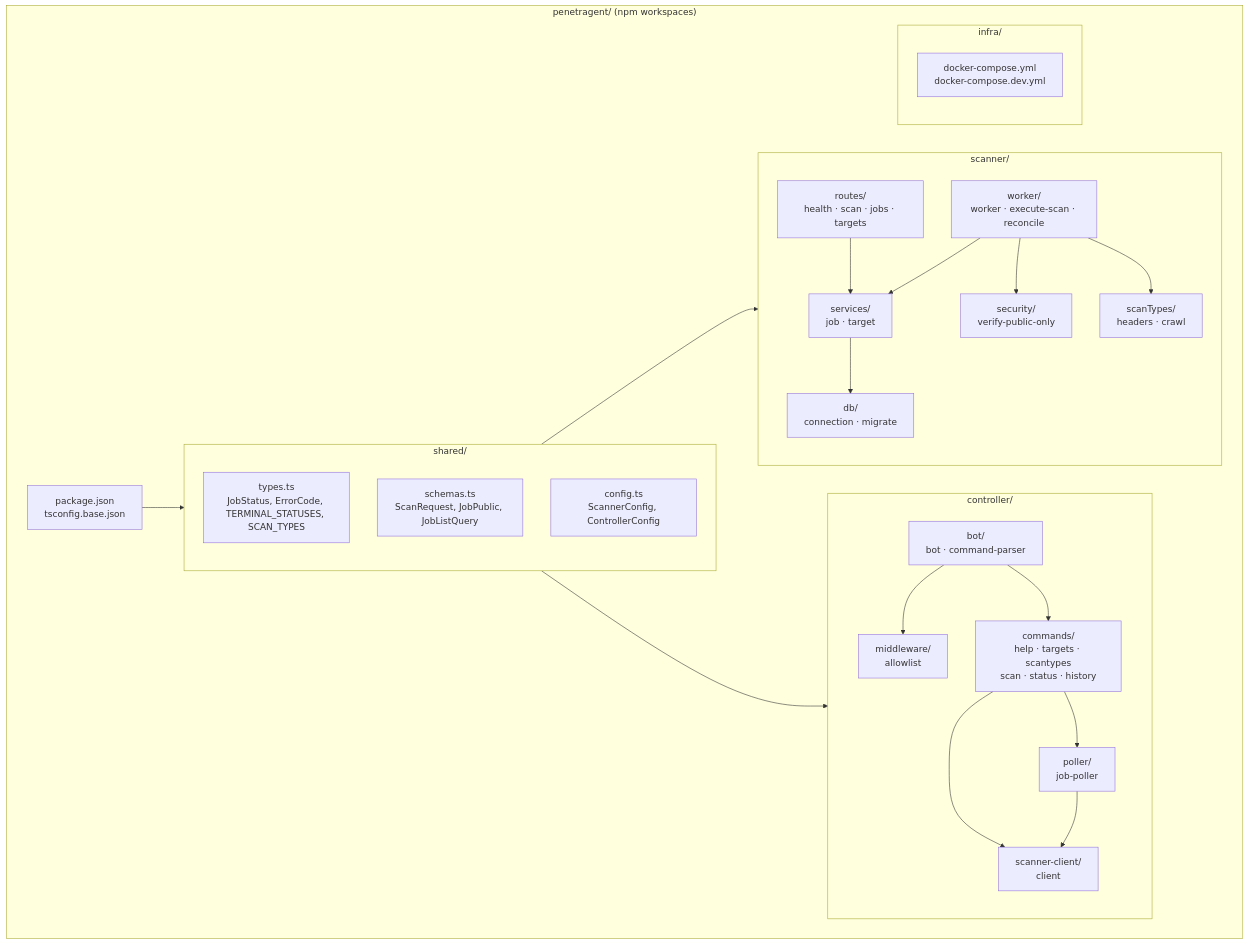
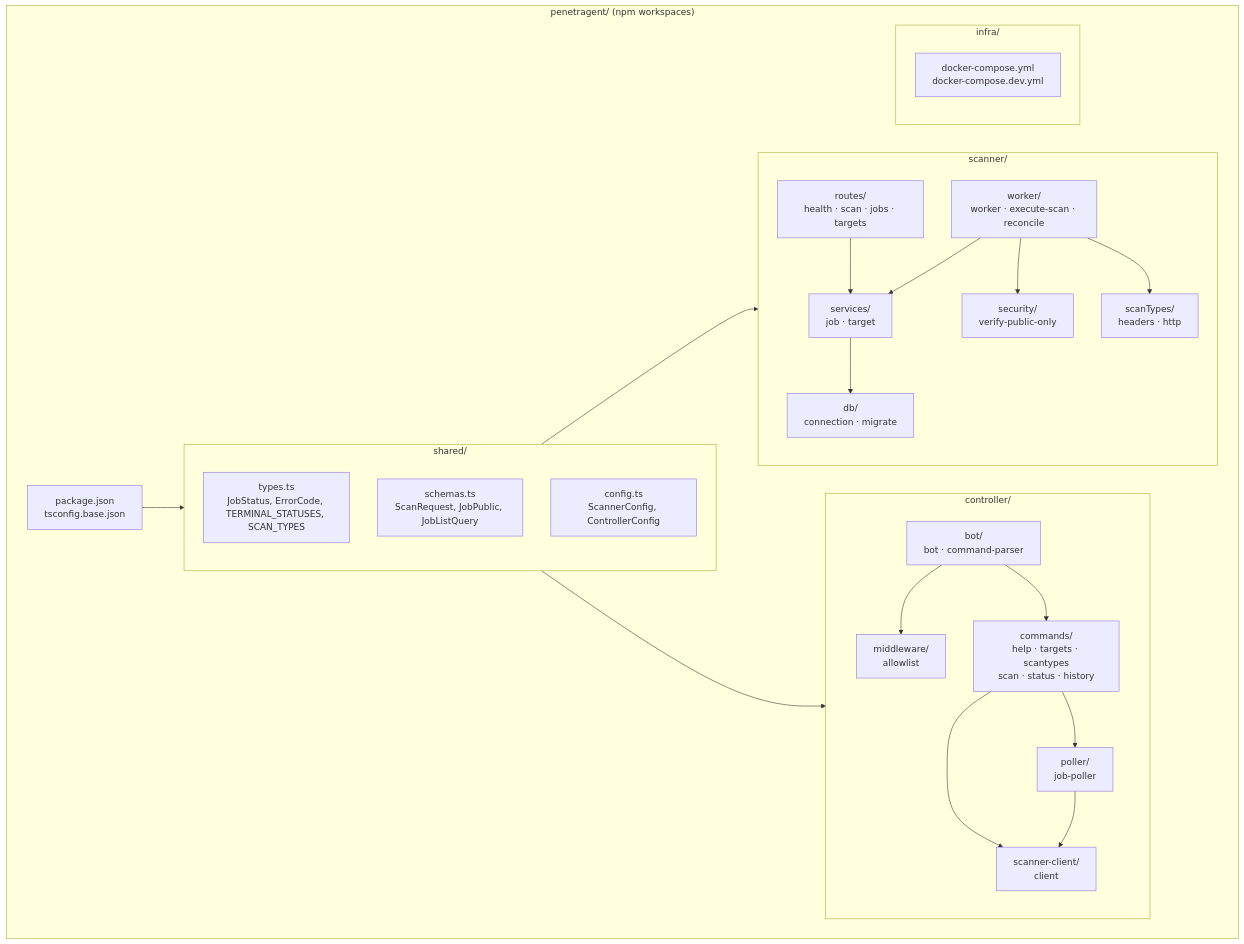
Before and after one commit to kirinmurphy/pentegent: the diagram in docs/howitworks/01-monorepo-structure.md, drawn with Mermaid. The commit also changed 91 other files, not shown here.

````diff
--- a/docs/howitworks/01-monorepo-structure.md
+++ b/docs/howitworks/01-monorepo-structure.md
@@ -3,47 +3,47 @@
 ```mermaid
 graph TB
     subgraph "penetragent/ (npm workspaces)"
         ROOT["package.json<br/>tsconfig.base.json"]
 
         subgraph "shared/"
             S_TYPES["types.ts<br/>JobStatus, ErrorCode, TERMINAL_STATUSES, SCAN_TYPES"]
             S_SCHEMAS["schemas.ts<br/>ScanRequest, JobPublic, JobListQuery"]
             S_CONFIG["config.ts<br/>ScannerConfig, ControllerConfig"]
         end
 
         subgraph "scanner/"
             S_ROUTES["routes/<br/>health · scan · jobs · targets"]
             S_SERVICES["services/<br/>job · target"]
             S_DB["db/<br/>connection · migrate"]
             S_WORKER["worker/<br/>worker · execute-scan · reconcile"]
             S_SECURITY["security/<br/>verify-public-only"]
-            S_SCANTYPES["scanTypes/<br/>headers · crawl"]
+            S_SCANTYPES["scanTypes/<br/>headers · http"]
         end
 
         subgraph "controller/"
             C_BOT["bot/<br/>bot · command-parser"]
             C_MW["middleware/<br/>allowlist"]
             C_CMDS["commands/<br/>help · targets · scantypes<br/>scan · status · history"]
             C_CLIENT["scanner-client/<br/>client"]
             C_POLLER["poller/<br/>job-poller"]
         end
 
         subgraph "infra/"
             COMPOSE["docker-compose.yml<br/>docker-compose.dev.yml"]
         end
     end
 
     ROOT --> shared/
     shared/ --> scanner/
     shared/ --> controller/
     S_ROUTES --> S_SERVICES
     S_SERVICES --> S_DB
     S_WORKER --> S_SERVICES
     S_WORKER --> S_SECURITY
     S_WORKER --> S_SCANTYPES
     C_BOT --> C_MW
     C_BOT --> C_CMDS
     C_CMDS --> C_CLIENT
     C_CMDS --> C_POLLER
     C_POLLER --> C_CLIENT
 ```
````
